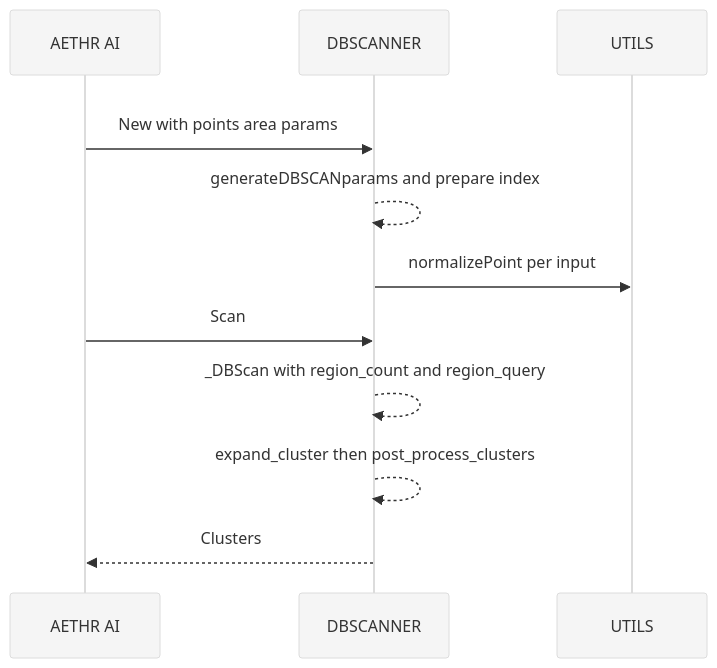
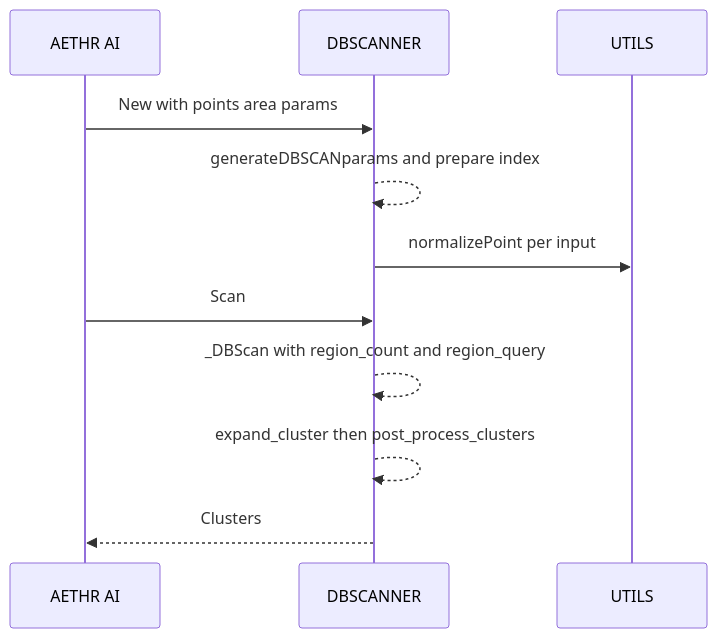
One commit to Gh0st352/AETHR changed the second of 2 diagrams in docs/ai/README.md. Above: the diagram before and after it, drawn with Mermaid. The commit also changed other lines of this file and 20 other files, not shown here.

First line of the commit message:
docs: unify mermaid themes and clarify module graphs

````diff
--- a/docs/ai/README.md
+++ b/docs/ai/README.md
@@ -55,17 +53,15 @@
 ```mermaid
-%%{init: {"theme":"base", "themeVariables": {"primaryColor":"#f5f5f5"}}}%%
+%% shared theme: docs/_mermaid/theme.json %%
 sequenceDiagram
-  %% Background rect improves readability on dark docs
-  rect rgba(255,255,255,0.75)
-    participant AI as AETHR AI
-    participant DB as DBSCANNER
-    participant U as UTILS
-    AI->>DB: New with points area params
-    DB-->>DB: generateDBSCANparams and prepare index
-    DB->>U: normalizePoint per input
-    AI->>DB: Scan
-    DB-->>DB: _DBScan with region_count and region_query
-    DB-->>DB: expand_cluster then post_process_clusters
-    DB-->>AI: Clusters
-  end
+  participant AI as AETHR AI
+  participant DB as DBSCANNER
+  participant U as UTILS
+
+  AI->>DB: New with points area params
+  DB-->>DB: generateDBSCANparams and prepare index
+  DB->>U: normalizePoint per input
+  AI->>DB: Scan
+  DB-->>DB: _DBScan with region_count and region_query
+  DB-->>DB: expand_cluster then post_process_clusters
+  DB-->>AI: Clusters
 ```
````
